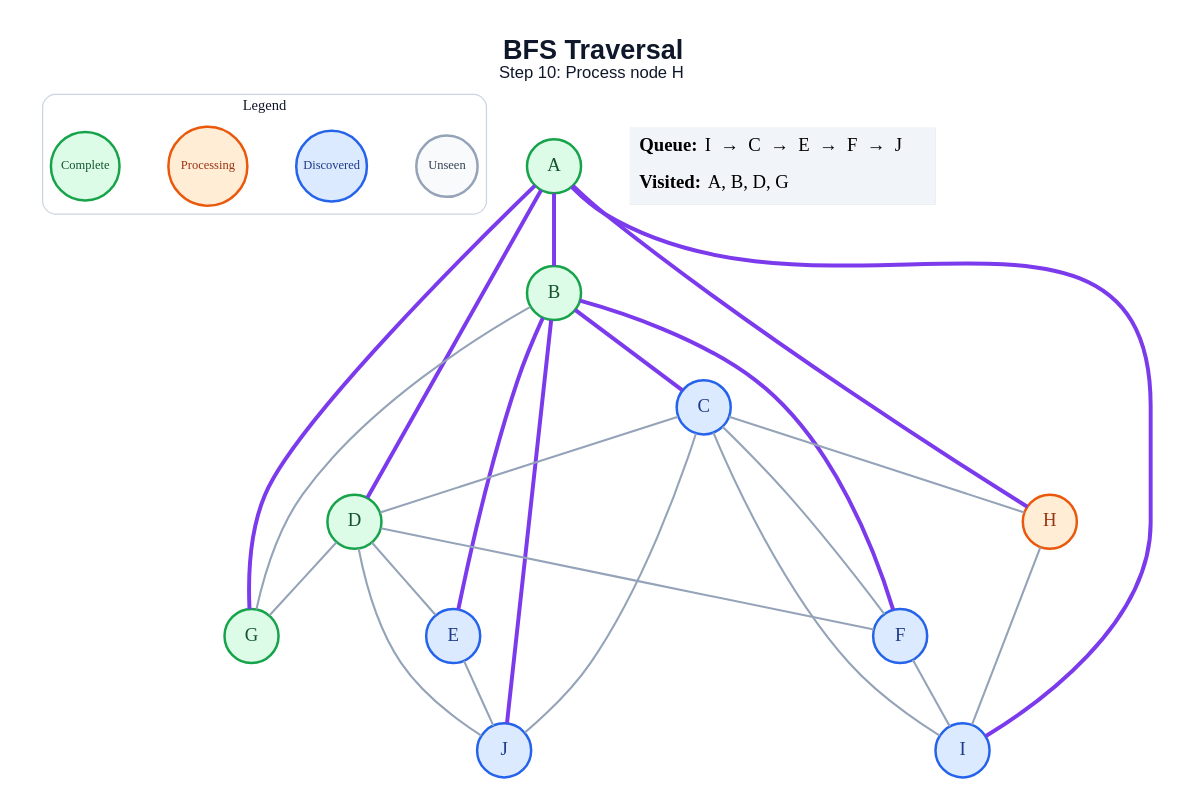
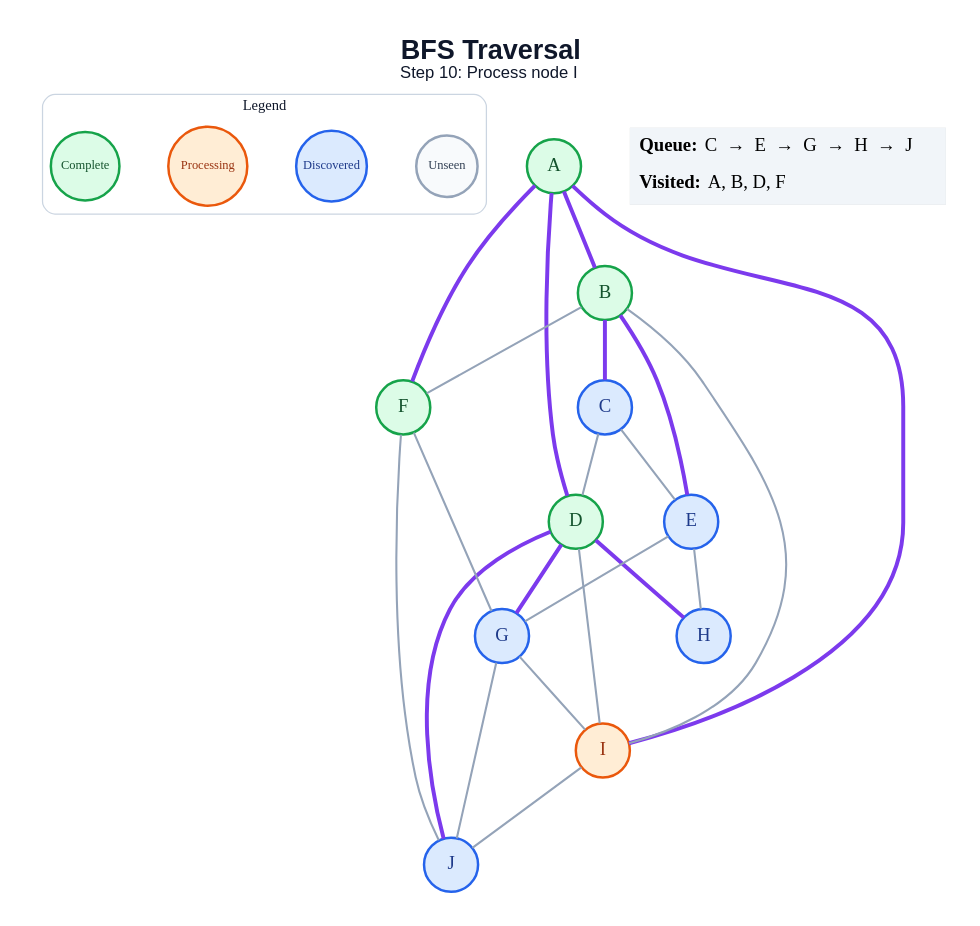
Before and after one commit to amanghodawala9/ai-slop: the diagram in generated/bfs/step_10.dot, drawn with Graphviz. The commit also changed 178 other files, not shown here.

```diff
--- a/generated/bfs/step_10.dot
+++ b/generated/bfs/step_10.dot
@@ -1,51 +1,50 @@
 graph traversal {
   graph [layout=dot, rankdir=TB, bgcolor="#FFFFFF", pad="0.35", nodesep="0.65", ranksep="0.8", fontname="Arial"];
   node [shape=circle, style="filled", fontname="Arial Bold", fontsize=18, width=0.72, fixedsize=true, penwidth=2.4];
   edge [color="#94A3B8", penwidth=2.0];
-  label=<<B>BFS Traversal</B><BR/><FONT POINT-SIZE="16">Step 10: Process node H</FONT>>; labelloc="t"; fontsize=26; fontname="Arial"; fontcolor="#0F172A";
+  label=<<B>BFS Traversal</B><BR/><FONT POINT-SIZE="16">Step 10: Process node I</FONT>>; labelloc="t"; fontsize=26; fontname="Arial"; fontcolor="#0F172A";
   subgraph cluster_legend { label="Legend"; color="#CBD5E1"; penwidth=1.2; style="rounded"; fontsize=14; fontname="Arial Bold";
     key_unseen [label="Unseen", fillcolor="#F8FAFC", color="#94A3B8", fontcolor="#334155", fontsize=12, width=0.82];
     key_frontier [label="Discovered", fillcolor="#DBEAFE", color="#2563EB", fontcolor="#1E3A8A", fontsize=12, width=0.95];
     key_current [label="Processing", fillcolor="#FFEDD5", color="#EA580C", fontcolor="#9A3412", fontsize=12, width=1.05];
     key_done [label="Complete", fillcolor="#DCFCE7", color="#16A34A", fontcolor="#14532D", fontsize=12, width=0.92];
     { rank=same; key_unseen; key_frontier; key_current; key_done; }
   }
   A [fillcolor="#DCFCE7", color="#16A34A", fontcolor="#14532D"];
   B [fillcolor="#DCFCE7", color="#16A34A", fontcolor="#14532D"];
   C [fillcolor="#DBEAFE", color="#2563EB", fontcolor="#1E3A8A"];
   D [fillcolor="#DCFCE7", color="#16A34A", fontcolor="#14532D"];
   E [fillcolor="#DBEAFE", color="#2563EB", fontcolor="#1E3A8A"];
-  F [fillcolor="#DBEAFE", color="#2563EB", fontcolor="#1E3A8A"];
-  G [fillcolor="#DCFCE7", color="#16A34A", fontcolor="#14532D"];
-  H [fillcolor="#FFEDD5", color="#EA580C", fontcolor="#9A3412"];
-  I [fillcolor="#DBEAFE", color="#2563EB", fontcolor="#1E3A8A"];
+  F [fillcolor="#DCFCE7", color="#16A34A", fontcolor="#14532D"];
+  G [fillcolor="#DBEAFE", color="#2563EB", fontcolor="#1E3A8A"];
+  H [fillcolor="#DBEAFE", color="#2563EB", fontcolor="#1E3A8A"];
+  I [fillcolor="#FFEDD5", color="#EA580C", fontcolor="#9A3412"];
   J [fillcolor="#DBEAFE", color="#2563EB", fontcolor="#1E3A8A"];
   A -- B [color="#7C3AED", penwidth=3.8];
   A -- D [color="#7C3AED", penwidth=3.8];
-  A -- G [color="#7C3AED", penwidth=3.8];
-  A -- H [color="#7C3AED", penwidth=3.8];
+  A -- F [color="#7C3AED", penwidth=3.8];
   A -- I [color="#7C3AED", penwidth=3.8];
   B -- C [color="#7C3AED", penwidth=3.8];
   B -- E [color="#7C3AED", penwidth=3.8];
-  B -- F [color="#7C3AED", penwidth=3.8];
-  B -- G;
-  B -- J [color="#7C3AED", penwidth=3.8];
+  B -- F;
+  B -- I;
   C -- D;
-  C -- F;
-  C -- H;
-  C -- I;
-  C -- J;
-  D -- E;
-  D -- F;
-  D -- G;
-  D -- J;
-  E -- J;
-  F -- I;
-  H -- I;
+  C -- E;
+  D -- G [color="#7C3AED", penwidth=3.8];
+  D -- H [color="#7C3AED", penwidth=3.8];
+  D -- I;
+  D -- J [color="#7C3AED", penwidth=3.8];
+  E -- G;
+  E -- H;
+  F -- G;
+  F -- J;
+  G -- I;
+  G -- J;
+  I -- J;
   status [shape=plain, fixedsize=false, width=0, height=0, margin=0, label=<
     <TABLE BORDER="0" CELLBORDER="0" CELLPADDING="7" BGCOLOR="#F1F5F9">
-      <TR><TD ALIGN="LEFT"><B>Queue:</B> I  →  C  →  E  →  F  →  J</TD></TR>
-      <TR><TD ALIGN="LEFT"><B>Visited:</B> A, B, D, G</TD></TR>
+      <TR><TD ALIGN="LEFT"><B>Queue:</B> C  →  E  →  G  →  H  →  J</TD></TR>
+      <TR><TD ALIGN="LEFT"><B>Visited:</B> A, B, D, F</TD></TR>
     </TABLE>
   >];
 }
```
